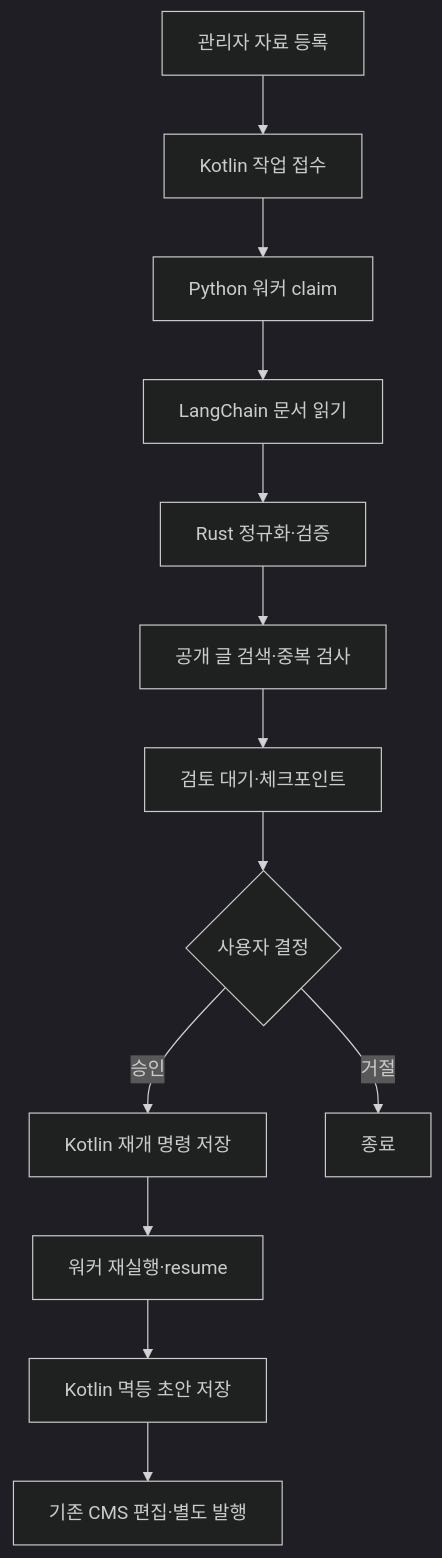
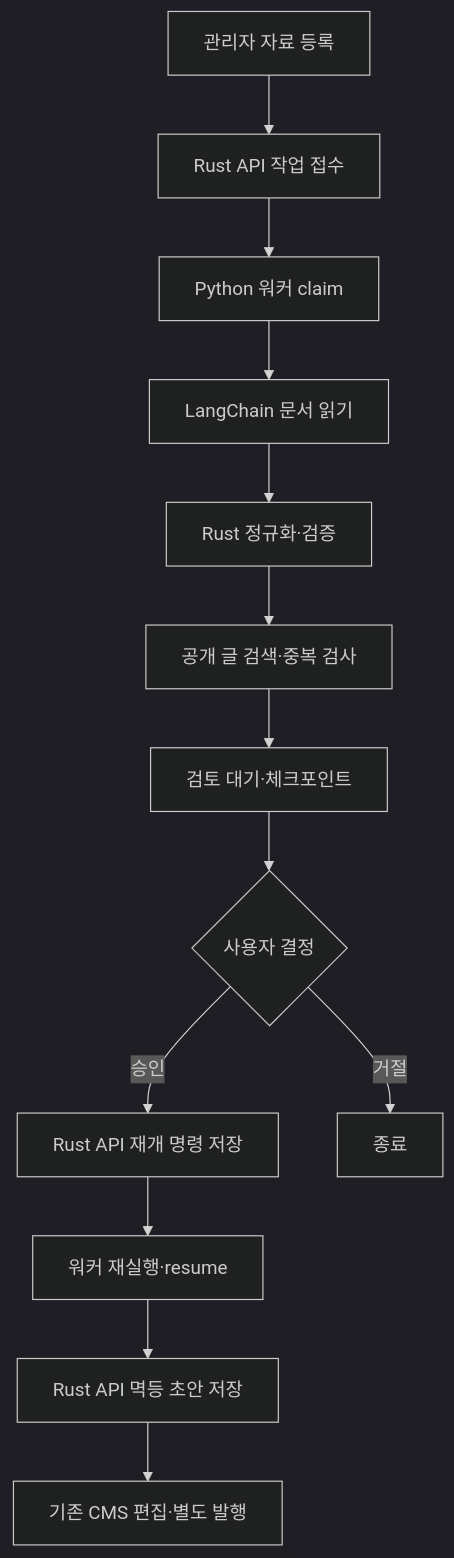
Before and after one commit to croppedeyebrow/DataGrizzly_Home: the diagram in docs/05_diagrams/08_document_workflow.md, drawn with Mermaid (dark theme). The commit also changed 206 other files, not shown here.

````diff
--- a/docs/05_diagrams/08_document_workflow.md
+++ b/docs/05_diagrams/08_document_workflow.md
@@ -3,15 +3,15 @@
 ```mermaid
 flowchart TD
-    A[관리자 자료 등록] --> B[Kotlin 작업 접수]
+    A[관리자 자료 등록] --> B[Rust API 작업 접수]
     B --> C[Python 워커 claim]
     C --> D[LangChain 문서 읽기]
     D --> E[Rust 정규화·검증]
     E --> F[공개 글 검색·중복 검사]
     F --> G[검토 대기·체크포인트]
     G --> H{사용자 결정}
-    H -->|승인| I[Kotlin 재개 명령 저장]
+    H -->|승인| I[Rust API 재개 명령 저장]
     H -->|거절| J[종료]
     I --> K[워커 재실행·resume]
-    K --> L[Kotlin 멱등 초안 저장]
+    K --> L[Rust API 멱등 초안 저장]
     L --> M[기존 CMS 편집·별도 발행]
 ```
````
